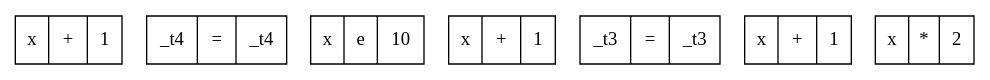
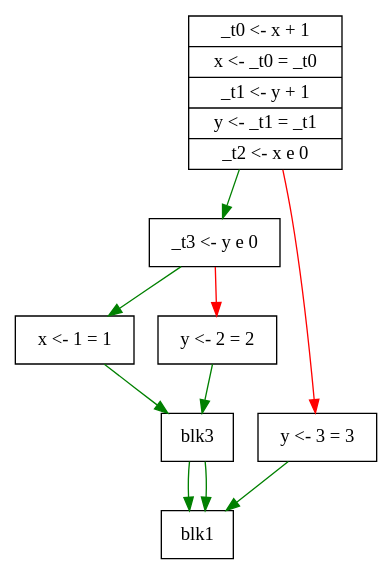
One commit to Keifa/Compiler changed the diagram in Task4/tree.dot. Above: the diagram before and after it, drawn with Graphviz. The commit also changed 5 other files, not shown here.

Commit message:
BBlock and instructions generate graphiz

```diff
--- a/Task4/tree.dot
+++ b/Task4/tree.dot
@@ -1,12 +1,17 @@
 digraph structs {
 	node [shape=record];
-	_t0 [label="<x> x|<+> +|<1> 1"];
-	x [label="<_t0> _t0|<=> =|<_t0> _t0"];
-	_t1 [label="<x> x|<e> e|<10> 10"];
-	_t2 [label="<x> x|<+> +|<1> 1"];
-	y [label="<_t2> _t2|<=> =|<_t2> _t2"];
-	_t4 [label="<x> x|<+> +|<1> 1"];
-	x [label="<_t4> _t4|<=> =|<_t4> _t4"];
-	_t3 [label="<x> x|<*> *|<2> 2"];
-	y [label="<_t3> _t3|<=> =|<_t3> _t3"];
+	blk0 [label="{<f0> _t0 \<\- x + 1|<f1> x \<\- _t0 = _t0|<f2> _t1 \<\- y + 1|<f3> y \<\- _t1 = _t1|<f4> _t2 \<\- x e 0}"];
+	blk2 [label="{<f0> _t3 \<\- y e 0}"];
+	blk4 [label="{<f0> x \<\- 1 = 1}"];
+			blk5 [label="{<f0> y \<\- 2 = 2}"];
+			blk6 [label="{<f0> y \<\- 3 = 3}"];
+		blk0 -> blk2 [color="green"];
+	blk2 -> blk4 [color="green"];
+	blk4 -> blk3 [color="green"];
+	blk3 -> blk1 [color="green"];
+	blk2 -> blk5 [color="red"];
+	blk5 -> blk3 [color="green"];
+	blk3 -> blk1 [color="green"];
+	blk0 -> blk6 [color="red"];
+	blk6 -> blk1 [color="green"];
 }
```
